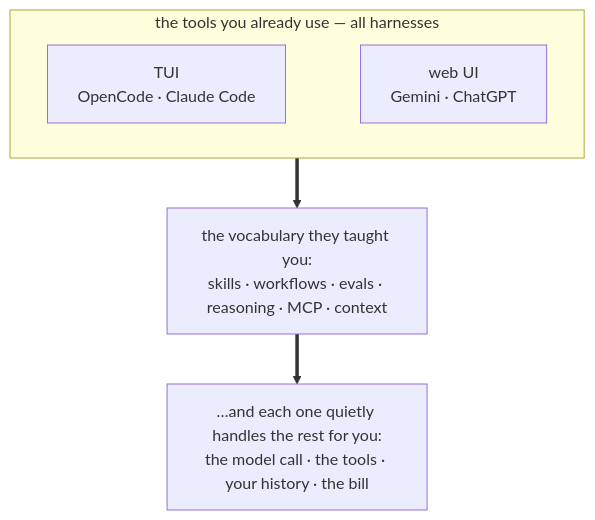
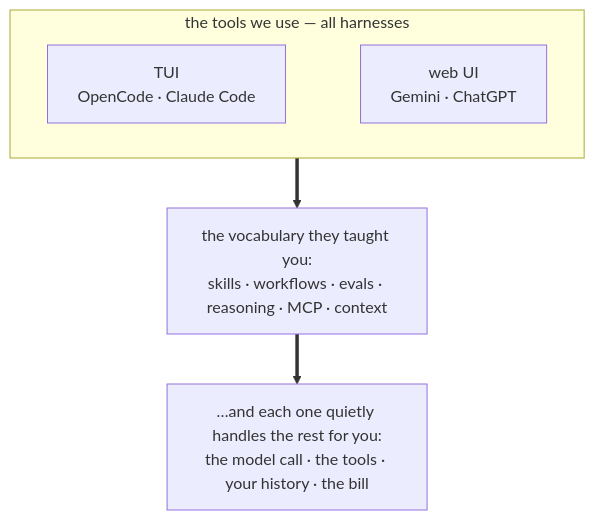
The first of 15 diagrams in docs/stack-slides.md (tilsley/creance), drawn with Mermaid before and after one commit. The commit also changed other lines of this file, not shown here.

Commit message:
docs(slides): drop the 'you already know' framing, shift to 'we' voice

````diff
--- a/docs/stack-slides.md
+++ b/docs/stack-slides.md
@@ -12,9 +12,9 @@
 ```mermaid
 flowchart TB
-  subgraph TOOLS["the tools you already use — all harnesses"]
+  subgraph TOOLS["the tools we use — all harnesses"]
     direction LR
     TUI["TUI<br/>OpenCode · Claude Code"] ~~~ WEB["web UI<br/>Gemini · ChatGPT"]
   end
   TOOLS ==> V["the vocabulary they taught you:<br/>skills · workflows · evals · reasoning · MCP · context"]
   V ==> H["…and each one quietly handles the rest for you:<br/>the model call · the tools · your history · the bill"]
 ```
````
